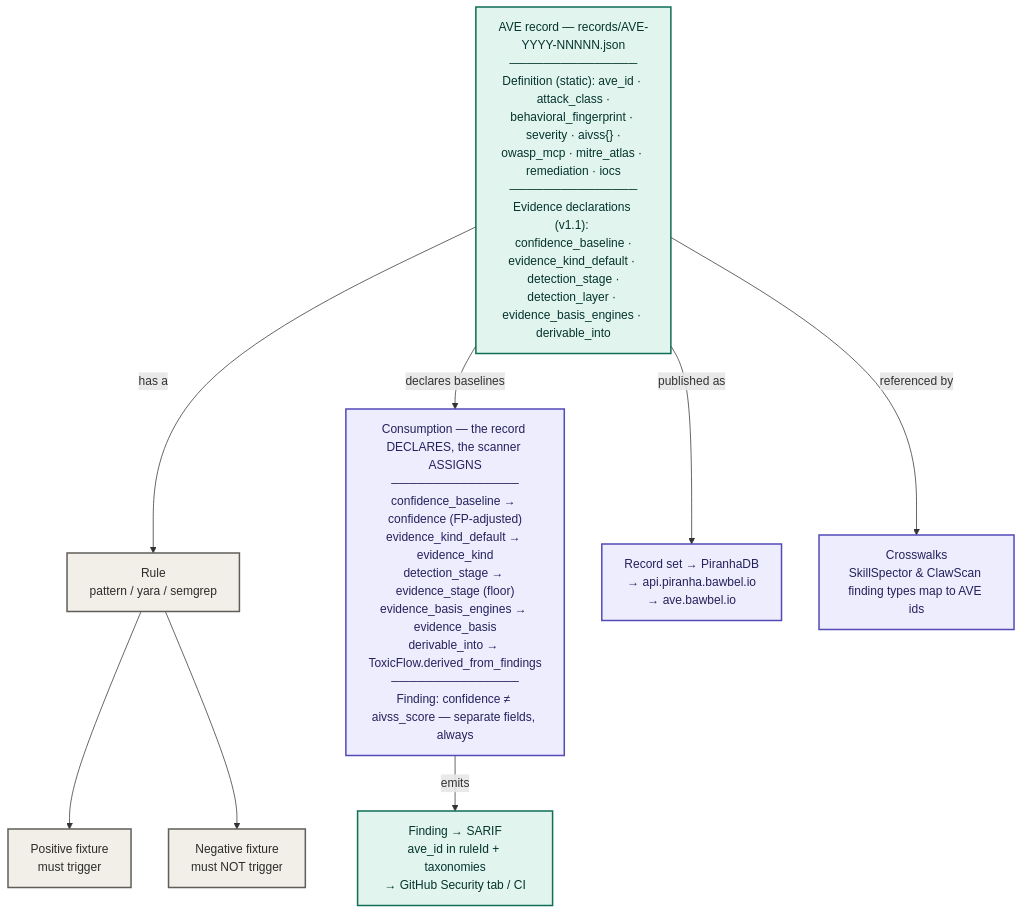
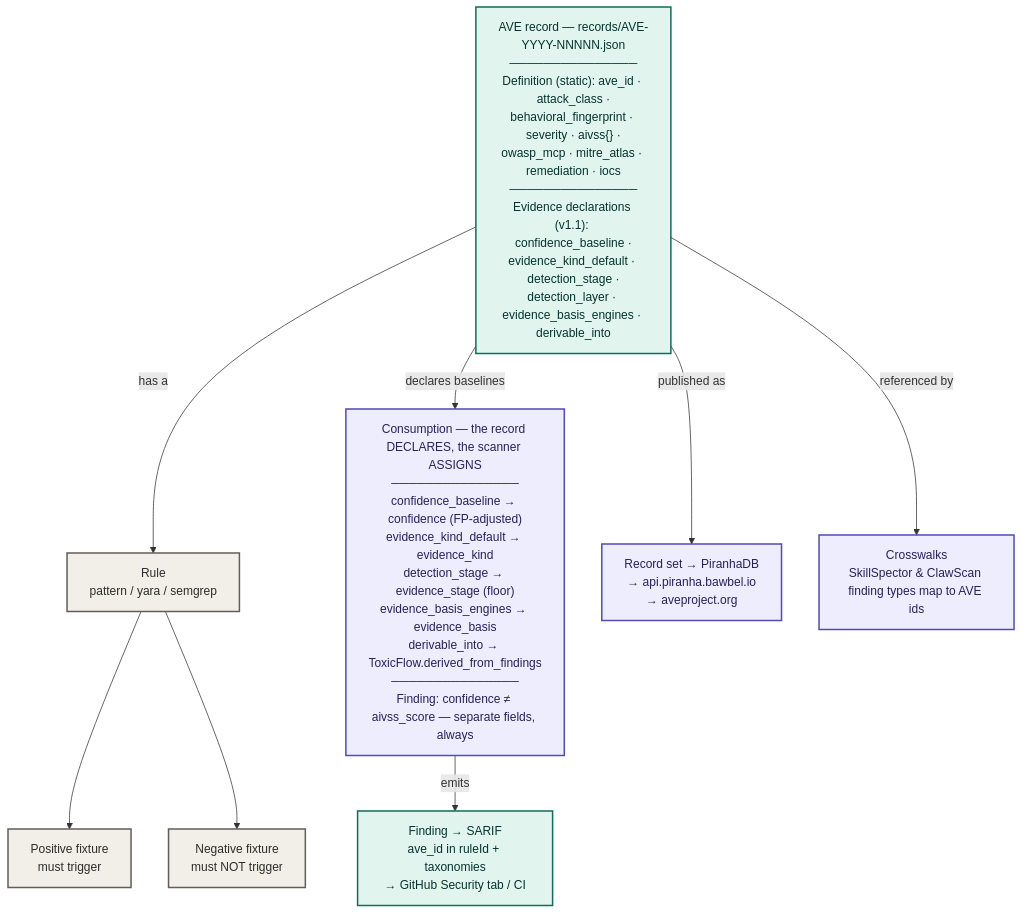
Before and after one commit to aveproject/ave: the second of 2 diagrams in docs/architecture/ave-architecture.md, drawn with Mermaid. The commit also changed other lines of this file and 153 other files, not shown here.

````diff
--- a/docs/architecture/ave-architecture.md
+++ b/docs/architecture/ave-architecture.md
@@ -118,34 +118,34 @@
 ```mermaid
 graph TB
     classDef record fill:#E1F5EE,stroke:#0F6E56,stroke-width:2px,color:#04342C;
     classDef validate fill:#F1EFE8,stroke:#5F5E5A,stroke-width:2px,color:#2C2C2A;
     classDef consume fill:#EEEDFE,stroke:#534AB7,stroke-width:2px,color:#26215C;
     classDef output fill:#E1F5EE,stroke:#0F6E56,stroke-width:2px,color:#04342C;
     classDef store fill:#EEEDFE,stroke:#534AB7,stroke-width:2px,color:#26215C;
 
     RECORD["AVE record — records/AVE-YYYY-NNNNN.json<br>───────────────<br>Definition (static): ave_id · attack_class ·<br>behavioral_fingerprint · severity · aivss{} ·<br>owasp_mcp · mitre_atlas · remediation · iocs<br>───────────────<br>Evidence declarations (v1.1): confidence_baseline ·<br>evidence_kind_default · detection_stage ·<br>detection_layer · evidence_basis_engines · derivable_into"]
 
     RULE["Rule<br>pattern / yara / semgrep"]
     POS["Positive fixture<br>must trigger"]
     NEG["Negative fixture<br>must NOT trigger"]
 
     CONSUME["Consumption — the record DECLARES, the scanner ASSIGNS<br>───────────────<br>confidence_baseline → confidence (FP-adjusted)<br>evidence_kind_default → evidence_kind<br>detection_stage → evidence_stage (floor)<br>evidence_basis_engines → evidence_basis<br>derivable_into → ToxicFlow.derived_from_findings<br>───────────────<br>Finding: confidence ≠ aivss_score — separate fields, always"]
 
     SARIF["Finding → SARIF<br>ave_id in ruleId + taxonomies<br>→ GitHub Security tab / CI"]
-    PIRANHA["Record set → PiranhaDB<br>→ api.piranha.bawbel.io<br>→ ave.bawbel.io"]
+    PIRANHA["Record set → PiranhaDB<br>→ api.piranha.bawbel.io<br>→ aveproject.org"]
     CROSS["Crosswalks<br>SkillSpector & ClawScan finding types map to AVE ids"]
 
     RECORD -->|has a| RULE
     RULE --> POS
     RULE --> NEG
     RECORD -->|declares baselines| CONSUME
     CONSUME -->|emits| SARIF
     RECORD -->|published as| PIRANHA
     RECORD -->|referenced by| CROSS
 
     class RECORD record
     class RULE,POS,NEG validate
     class CONSUME consume
     class SARIF output
     class PIRANHA,CROSS store
 ```
````
